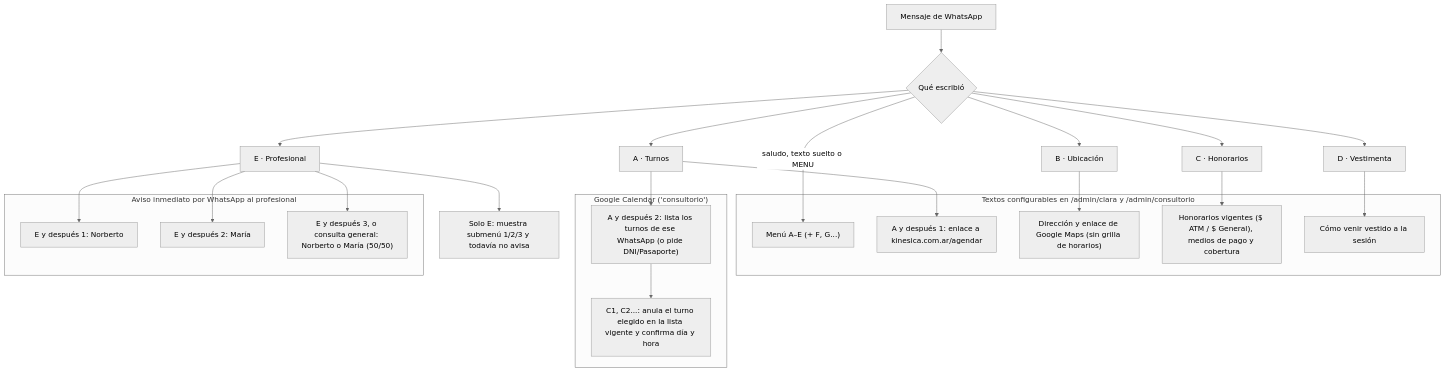
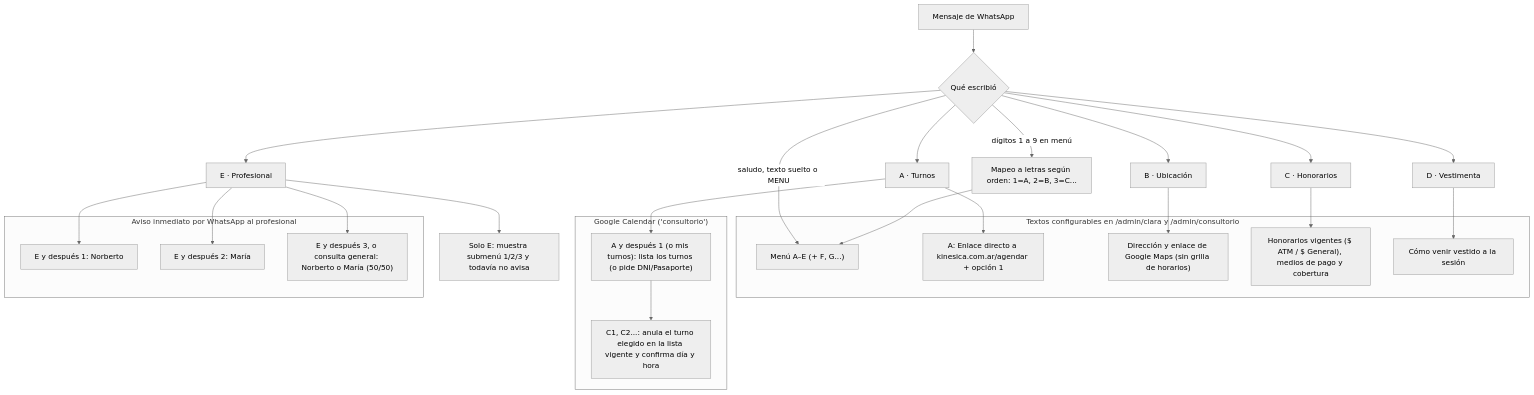
One commit to MartinBrude/kinesica changed the first of 2 diagrams in docs/manual-clara.md. Above: the diagram before and after it, drawn with Mermaid (neutral theme). The commit also changed other lines of this file and 6 other files, not shown here.

````diff
--- a/docs/manual-clara.md
+++ b/docs/manual-clara.md
@@ -108,41 +108,44 @@
 ```mermaid
 flowchart TD
   msg["Mensaje de WhatsApp"] --> opcion{"Qué escribió"}
 
   opcion -->|"saludo, texto suelto o MENU"| menu["Menú A–E (+ F, G...)"]
+  opcion -->|"dígitos 1 a 9 en menú"| digitos["Mapeo a letras según orden: 1=A, 2=B, 3=C..."]
   opcion --> turnos["A · Turnos"]
   opcion --> lugar["B · Ubicación"]
   opcion --> precios["C · Honorarios"]
   opcion --> ropa["D · Vestimenta"]
   opcion --> quien["E · Profesional"]
 
+  digitos --> menu
+
   subgraph admin ["Textos configurables en /admin/clara y /admin/consultorio"]
     menu
-    enlace["A y después 1: enlace a kinesica.com.ar/agendar"]
+    turnosDirecto["A: Enlace directo a kinesica.com.ar/agendar + opción 1"]
     lugarTxt["Dirección y enlace de Google Maps (sin grilla de horarios)"]
     preciosTxt["Honorarios vigentes ($ ATM / $ General), medios de pago y cobertura"]
     ropaTxt["Cómo venir vestido a la sesión"]
   end
 
   subgraph calendario ["Google Calendar ('consultorio')"]
-    lista["A y después 2: lista los turnos de ese WhatsApp (o pide DNI/Pasaporte)"]
+    lista["A y después 1 (o mis turnos): lista los turnos (o pide DNI/Pasaporte)"]
     anula["C1, C2...: anula el turno elegido en la lista vigente y confirma día y hora"]
   end
 
   subgraph aviso ["Aviso inmediato por WhatsApp al profesional"]
     norberto["E y después 1: Norberto"]
     maria["E y después 2: María"]
     equipo["E y después 3, o consulta general: Norberto o María (50/50)"]
   end
 
-  turnos --> enlace
+  turnos --> turnosDirecto
   turnos --> lista
   lista --> anula
   lugar --> lugarTxt
   precios --> preciosTxt
   ropa --> ropaTxt
   quien --> pregunta["Solo E: muestra submenú 1/2/3 y todavía no avisa"]
   quien --> norberto
   quien --> maria
   quien --> equipo
 ```
````
